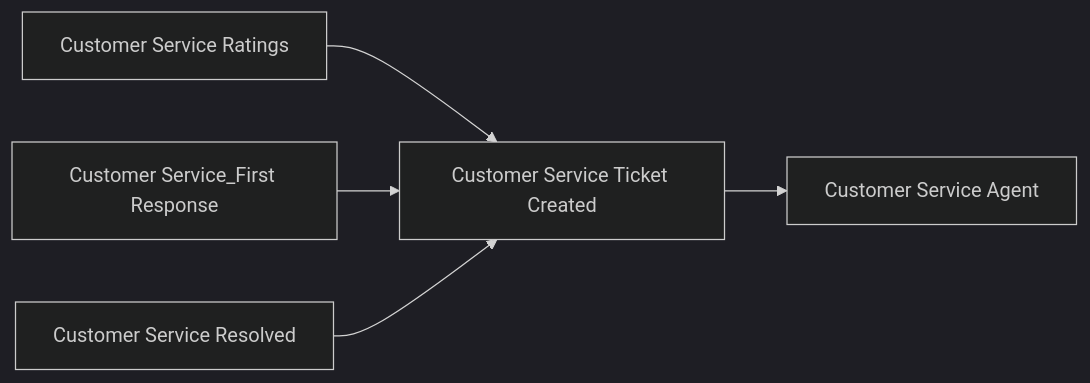
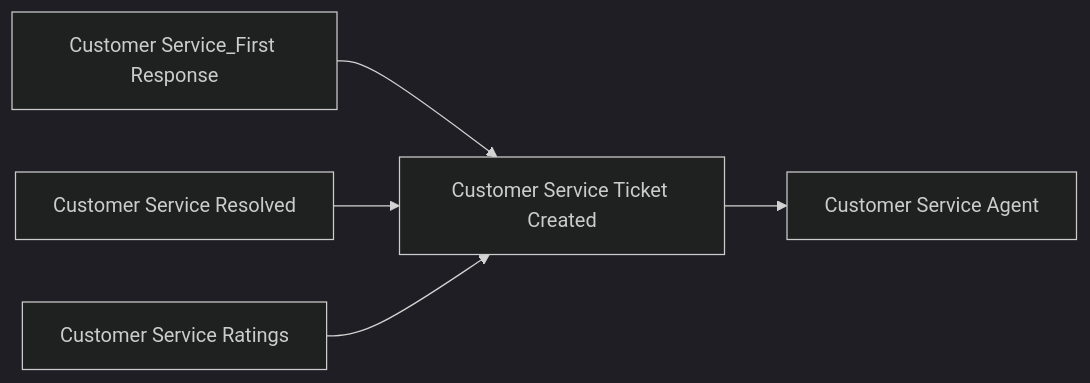
The first of 2 diagrams in testedbyalioko/mermaid_flows/Exercise#2.md (AliOko/alioko.github.io), drawn with Mermaid (dark theme) before and after one commit. The commit also changed other lines of this file, not shown here.

````diff
--- a/testedbyalioko/mermaid_flows/Exercise#2.md
+++ b/testedbyalioko/mermaid_flows/Exercise#2.md
@@ -1,8 +1,8 @@
 ```mermaid
 
   graph LR;
-      D[Customer Service Ratings]-->A[Customer Service Ticket Created];
-      B[Customer Service_First Response]-->A[Customer Service Ticket Created];
-      C[Customer Service Resolved]-->A[Customer Service Ticket Created];
-      A[Customer Service Ticket Created]-->e[Customer Service Agent];
+      A[Customer Service Ticket Created]-->E[Customer Service Agent];
+      B[Customer Service_First Response]-->A[Customer Service Ticket Created];
+      C[Customer Service Resolved]-->A[Customer Service Ticket Created];
+      D[Customer Service Ratings]-->A[Customer Service Ticket Created];
 ```
````
